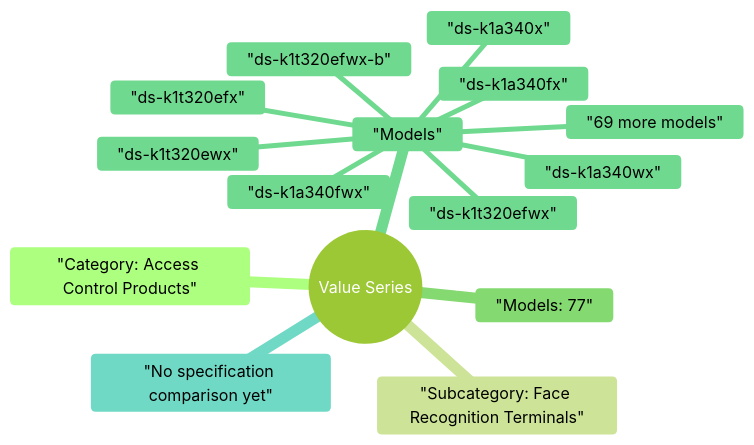
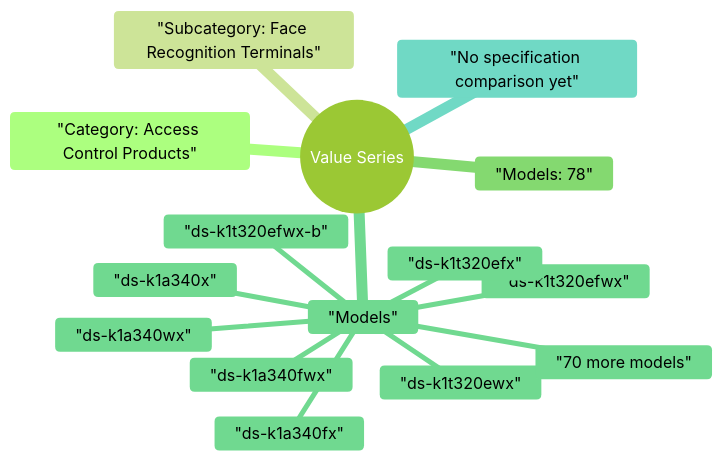
The diagram in site/mindmaps/en-access-control-products-face-recognition-terminals-value-series.mmd (123321step/hikvision-product-map), drawn with Mermaid (forest theme) before and after one commit. The commit also changed 21 other files, not shown here.

```diff
--- a/site/mindmaps/en-access-control-products-face-recognition-terminals-value-series.mmd
+++ b/site/mindmaps/en-access-control-products-face-recognition-terminals-value-series.mmd
@@ -1,16 +1,16 @@
 mindmap
   root(("Value Series"))
     "Category: Access Control Products"
     "Subcategory: Face Recognition Terminals"
-    "Models: 77"
+    "Models: 78"
     "Models"
       "ds-k1a340fwx"
       "ds-k1a340fx"
       "ds-k1a340wx"
       "ds-k1a340x"
       "ds-k1t320efwx"
       "ds-k1t320efwx-b"
       "ds-k1t320efx"
       "ds-k1t320ewx"
-      "69 more models"
+      "70 more models"
     "No specification comparison yet"
```
